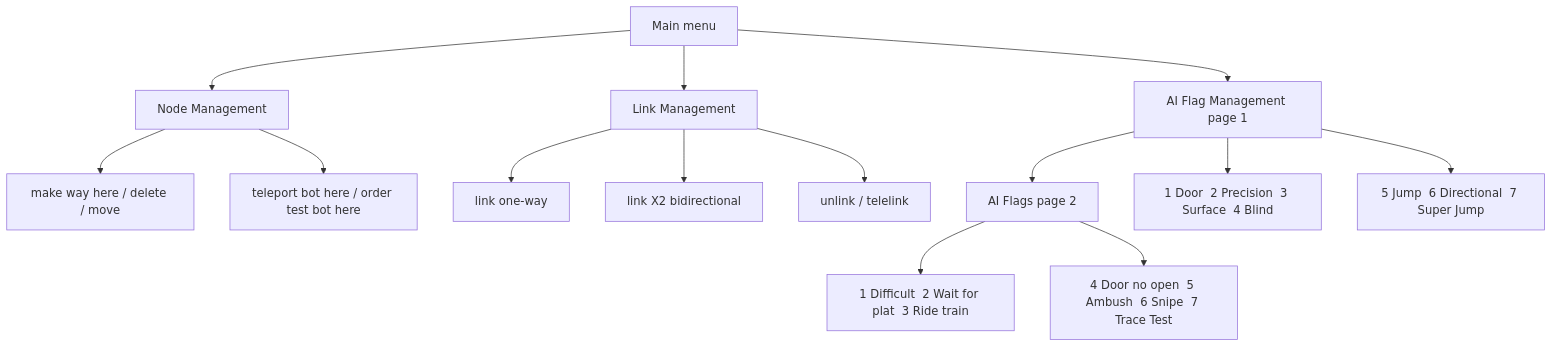
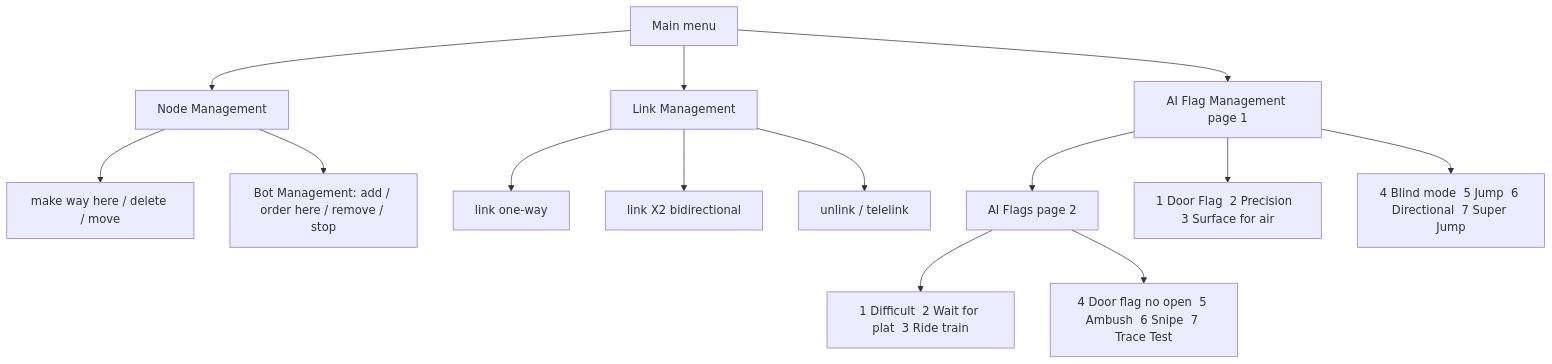
Before and after one commit to mattthw/QuakespasmSolitude: the second of 7 diagrams in docs/waypointing-guide.md, drawn with Mermaid. The commit also changed other lines of this file, not shown here.

Commit message:
docs: waypointing guide uses exact editor menu labels (Door Flag, Blind mode, Surface for air, Door flag no open) and real Bot Management items (Add/Order/Remove/Stop Test Bot) instead of invented commands; note [{133}] toggle marker

````diff
--- a/docs/waypointing-guide.md
+++ b/docs/waypointing-guide.md
@@ -62,16 +62,16 @@
 ```mermaid
 graph TD
     M[Main menu] --> N[Node Management]
     M --> L[Link Management]
     M --> F1[AI Flag Management page 1]
     F1 --> F2[AI Flags page 2]
     N --> N1[make way here / delete / move]
-    N --> N2[teleport bot here / order test bot here]
+    N --> N2["Bot Management: add / order here / remove / stop"]
     L --> L1[link one-way]
     L --> L2[link X2 bidirectional]
     L --> L3[unlink / telelink]
-    F1 --> K1["1 Door  2 Precision  3 Surface  4 Blind"]
-    F1 --> K2["5 Jump  6 Directional  7 Super Jump"]
+    F1 --> K1["1 Door Flag  2 Precision  3 Surface for air"]
+    F1 --> K1b["4 Blind mode  5 Jump  6 Directional  7 Super Jump"]
     F2 --> K3["1 Difficult  2 Wait for plat  3 Ride train"]
-    F2 --> K4["4 Door no open  5 Ambush  6 Snipe  7 Trace Test"]
+    F2 --> K4["4 Door flag no open  5 Ambush  6 Snipe  7 Trace Test"]
 ```
````
